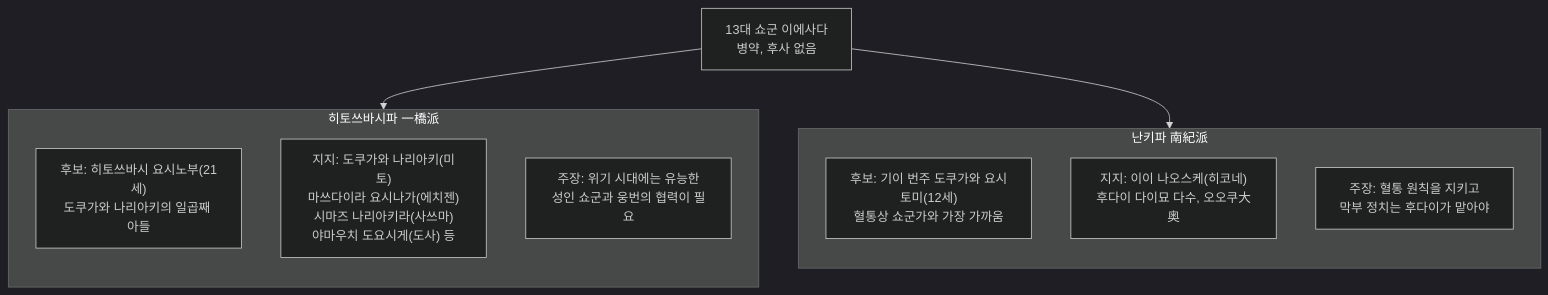
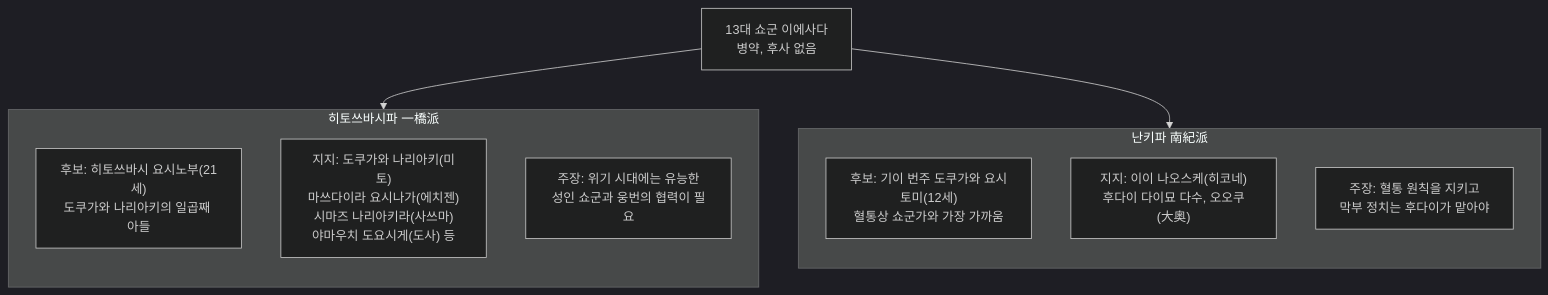
The first of 3 diagrams in content/inbox/jmh-02-commercial-treaty/lecture.md (twentywon/study), drawn with Mermaid (dark theme) before and after one commit. The commit also changed other lines of this file and 23 other files, not shown here.

````diff
--- a/content/inbox/jmh-02-commercial-treaty/lecture.md
+++ b/content/inbox/jmh-02-commercial-treaty/lecture.md
@@ -103,17 +103,17 @@
 ```mermaid
 %% caption: 쇼군 후계 문제의 두 파벌 (1857~1858)
 flowchart TB
   Q["13대 쇼군 이에사다<br/>병약, 후사 없음"] --> H & N
   subgraph H["히토쓰바시파 一橋派"]
     direction TB
     H1["후보: 히토쓰바시 요시노부(21세)<br/>도쿠가와 나리아키의 일곱째 아들"]
     H2["지지: 도쿠가와 나리아키(미토)<br/>마쓰다이라 요시나가(에치젠)<br/>시마즈 나리아키라(사쓰마)<br/>야마우치 도요시게(도사) 등"]
     H3["주장: 위기 시대에는 유능한<br/>성인 쇼군과 웅번의 협력이 필요"]
   end
   subgraph N["난키파 南紀派"]
     direction TB
     N1["후보: 기이 번주 도쿠가와 요시토미(12세)<br/>혈통상 쇼군가와 가장 가까움"]
-    N2["지지: 이이 나오스케(히코네)<br/>후다이 다이묘 다수, 오오쿠大奥"]
+    N2["지지: 이이 나오스케(히코네)<br/>후다이 다이묘 다수, 오오쿠(大奥)"]
     N3["주장: 혈통 원칙을 지키고<br/>막부 정치는 후다이가 맡아야"]
   end
 ```
````
